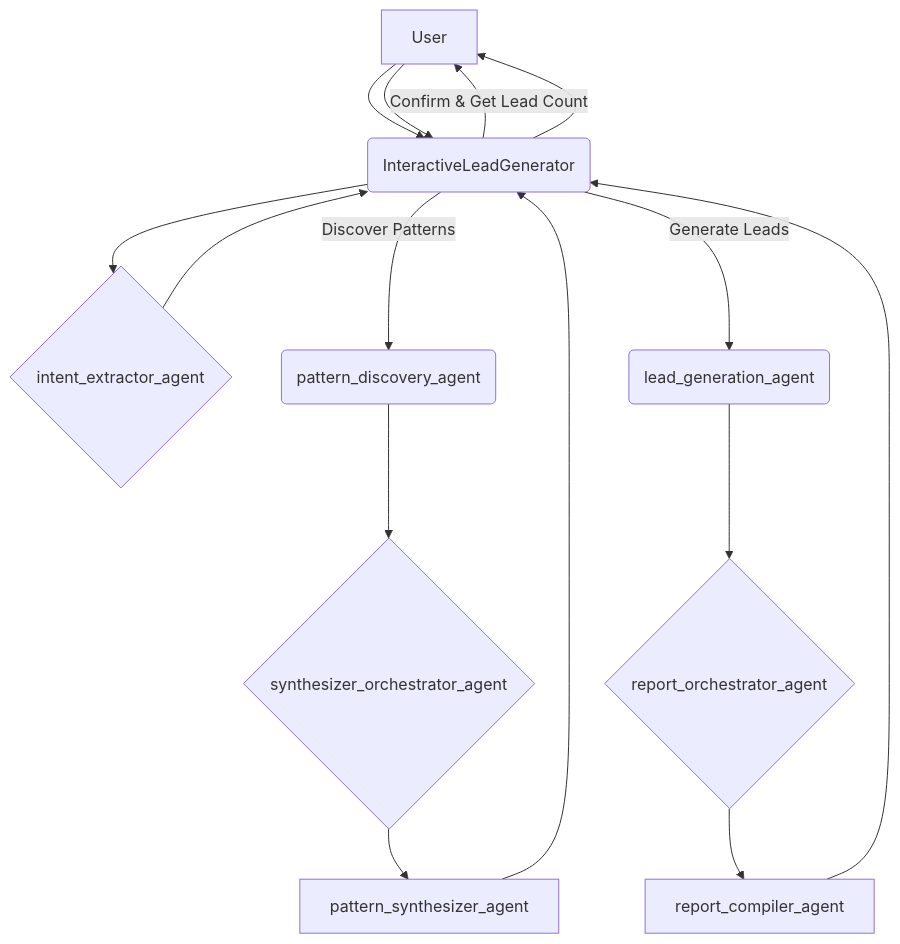
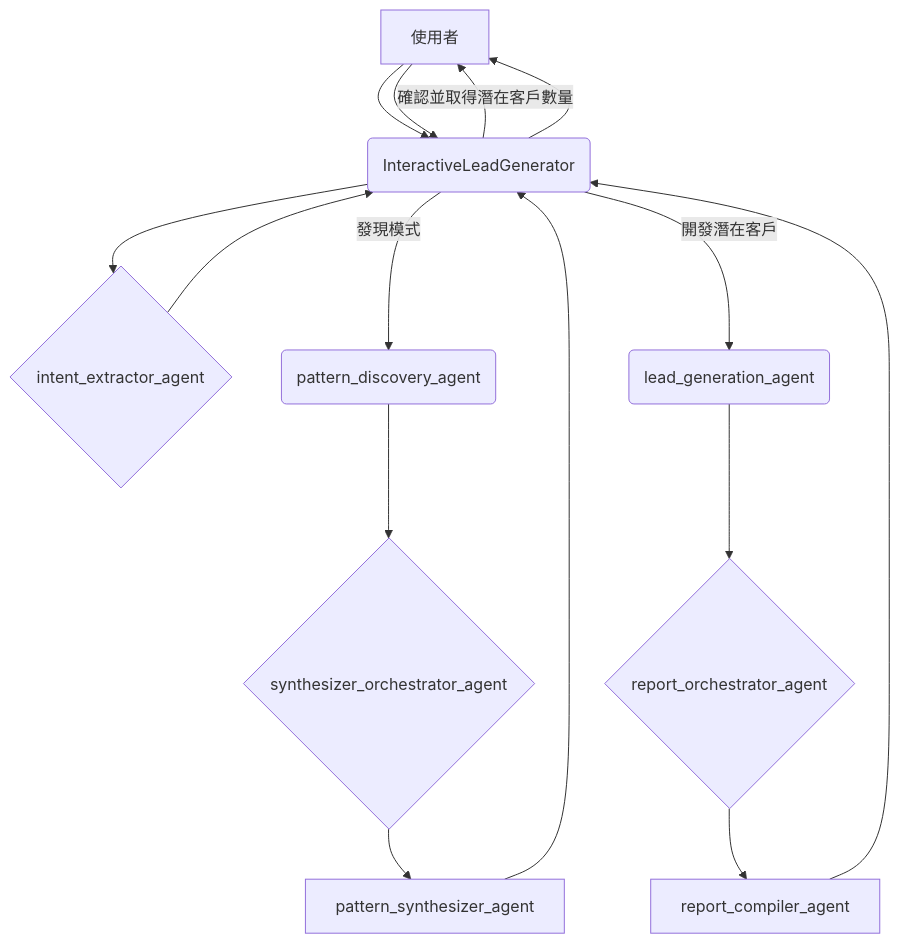
One commit to detectviz/adk changed the diagram in docs/references/adk-agent-samples/leadGenerationAgentADK-main/README.md. Above: the diagram before and after it, drawn with Mermaid. The commit also changed other lines of this file and 24 other files, not shown here.

````diff
--- a/docs/references/adk-agent-samples/leadGenerationAgentADK-main/README.md
+++ b/docs/references/adk-agent-samples/leadGenerationAgentADK-main/README.md
@@ -31,17 +31,17 @@
 ```mermaid
 graph TD
-    A[User] --> B(InteractiveLeadGenerator);
+    A[使用者] --> B(InteractiveLeadGenerator);
     B --> C{intent_extractor_agent};
     C --> B;
-    B -- "Discover Patterns" --> D(pattern_discovery_agent);
+    B -- "發現模式" --> D(pattern_discovery_agent);
     D --> E{synthesizer_orchestrator_agent};
     E --> F[pattern_synthesizer_agent];
     F --> B;
-    B -- "Confirm & Get Lead Count" --> A;
+    B -- "確認並取得潛在客戶數量" --> A;
     A --> B;
-    B -- "Generate Leads" --> G(lead_generation_agent);
+    B -- "開發潛在客戶" --> G(lead_generation_agent);
     G --> H{report_orchestrator_agent};
     H --> I[report_compiler_agent];
     I --> B;
     B --> A;
 ```
````
